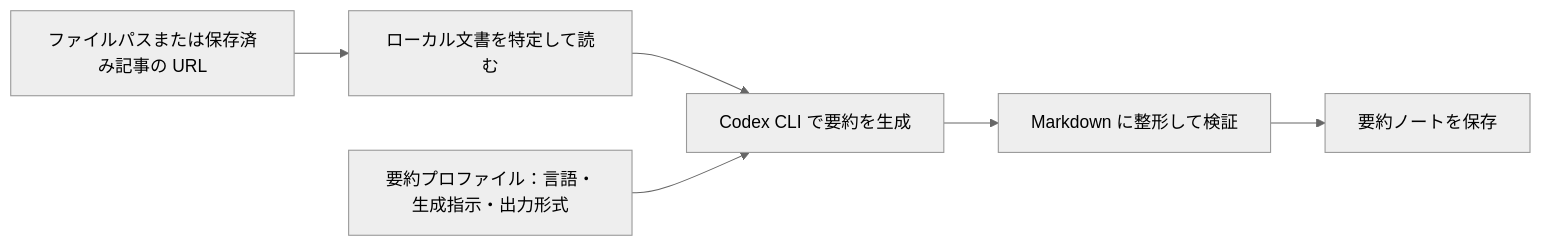
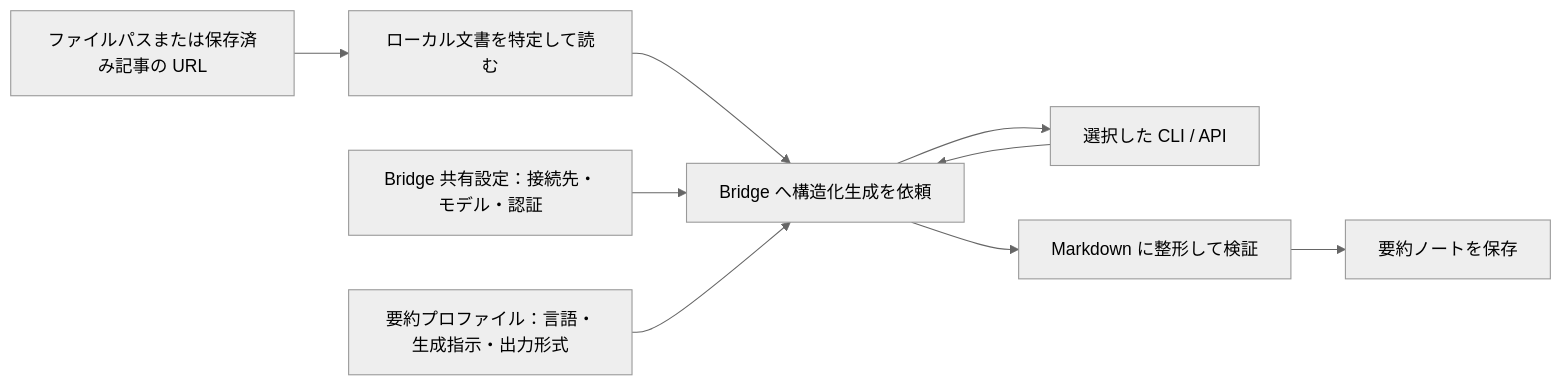
Before and after one commit to tuckn/tkn_doc_summarizer: the diagram in README.md, drawn with Mermaid (neutral theme). The commit also changed other lines of this file and 18 other files, not shown here.

````diff
--- a/README.md
+++ b/README.md
@@ -52,8 +52,11 @@
 ```mermaid
 flowchart LR
     Input["ファイルパスまたは保存済み記事の URL"] --> Resolve["ローカル文書を特定して読む"]
-    Resolve --> Generate["Codex CLI で要約を生成"]
+    Resolve --> Generate["Bridge へ構造化生成を依頼"]
+    Connection["Bridge 共有設定：接続先・モデル・認証"] --> Generate
+    Generate --> AI["選択した CLI / API"]
+    AI --> Generate
     Profile["要約プロファイル：言語・生成指示・出力形式"] --> Generate
     Generate --> Validate["Markdown に整形して検証"]
     Validate --> Note["要約ノートを保存"]
 ```
````
